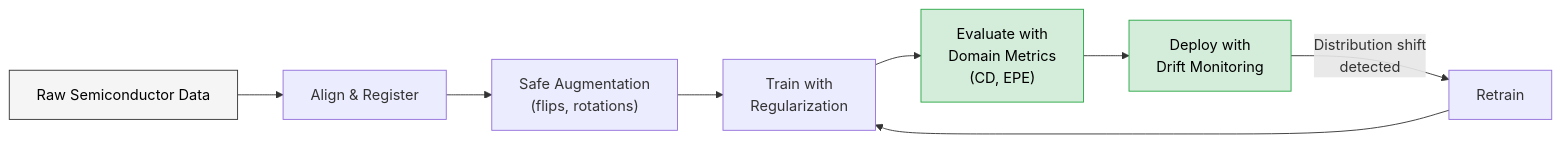
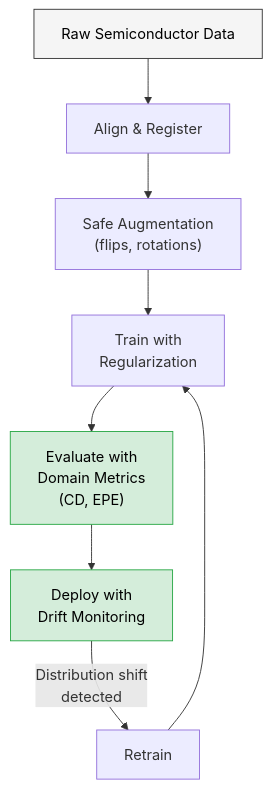
One commit to xiaosi0517/xiaosi0517.github.io changed the third of 4 diagrams in _posts/2026-03-30-semiconductor-data-practical-guide.md. Above: the diagram before and after it, drawn with Mermaid. The commit also changed other lines of this file and 1 other file, not shown here.

First line of the commit message:
Fix flowcharts to vertical layout and add spacing after tables

````diff
--- a/_posts/2026-03-30-semiconductor-data-practical-guide.md
+++ b/_posts/2026-03-30-semiconductor-data-practical-guide.md
@@ -155,14 +161,14 @@
 ```mermaid
-flowchart LR
+flowchart TD
     A["Raw Semiconductor Data"] --> B["Align & Register"]
     B --> C["Safe Augmentation<br/>(flips, rotations)"]
     C --> D["Train with<br/>Regularization"]
     D --> E["Evaluate with<br/>Domain Metrics<br/>(CD, EPE)"]
     E --> F["Deploy with<br/>Drift Monitoring"]
     F -->|"Distribution shift<br/>detected"| G["Retrain"]
     G --> D
 
     style A fill:#f5f5f5,stroke:#333,color:#000
     style E fill:#d4edda,stroke:#28a745,color:#000
     style F fill:#d4edda,stroke:#28a745,color:#000
 ```
````
